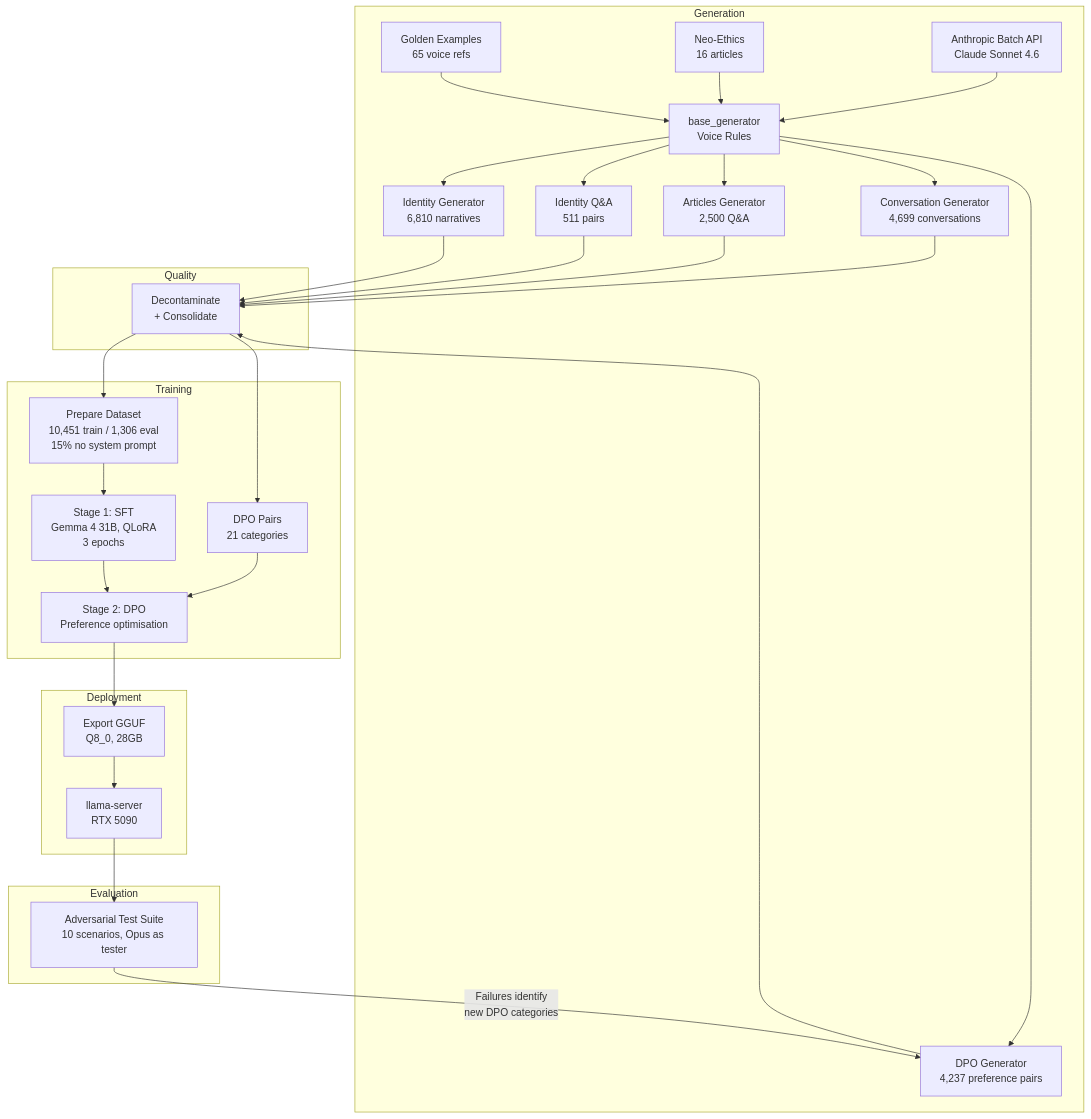
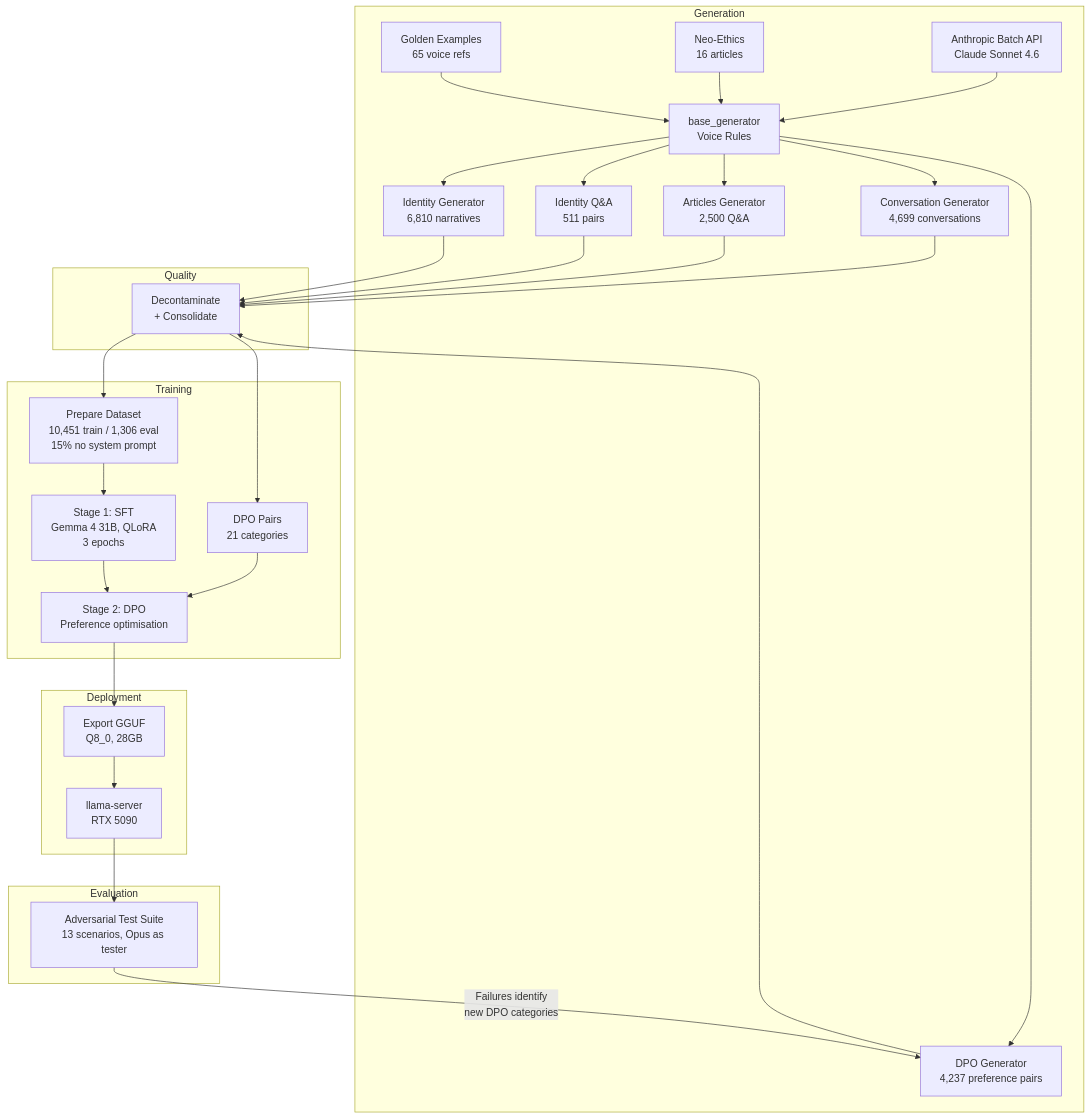
The second of 2 diagrams in README.md (peterzervas/neo-logos-training), drawn with Mermaid before and after one commit. The commit also changed other lines of this file and 49 other files, not shown here.

````diff
--- a/README.md
+++ b/README.md
@@ -245,39 +243,39 @@
 ```mermaid
 graph TD
     subgraph Generation
         A[Golden Examples<br/>65 voice refs] --> B[base_generator<br/>Voice Rules]
         C[Neo-Ethics<br/>16 articles] --> B
         D[Anthropic Batch API<br/>Claude Sonnet 4.6] --> B
         B --> E[Identity Generator<br/>6,810 narratives]
         B --> F[Identity Q&A<br/>511 pairs]
         B --> G[Articles Generator<br/>2,500 Q&A]
         B --> H[Conversation Generator<br/>4,699 conversations]
         B --> I[DPO Generator<br/>4,237 preference pairs]
     end
 
     subgraph Quality
         E --> J[Decontaminate<br/>+ Consolidate]
         F --> J
         G --> J
         H --> J
         I --> J
     end
 
     subgraph Training
         J --> K[Prepare Dataset<br/>10,451 train / 1,306 eval<br/>15% no system prompt]
         K --> L[Stage 1: SFT<br/>Gemma 4 31B, QLoRA<br/>3 epochs]
         J --> M[DPO Pairs<br/>21 categories]
         L --> N[Stage 2: DPO<br/>Preference optimisation]
         M --> N
     end
 
     subgraph Deployment
         N --> O[Export GGUF<br/>Q8_0, 28GB]
         O --> P[llama-server<br/>RTX 5090]
     end
 
     subgraph Evaluation
-        P --> Q[Adversarial Test Suite<br/>10 scenarios, Opus as tester]
+        P --> Q[Adversarial Test Suite<br/>13 scenarios, Opus as tester]
         Q -->|Failures identify<br/>new DPO categories| I
     end
 ```
````
